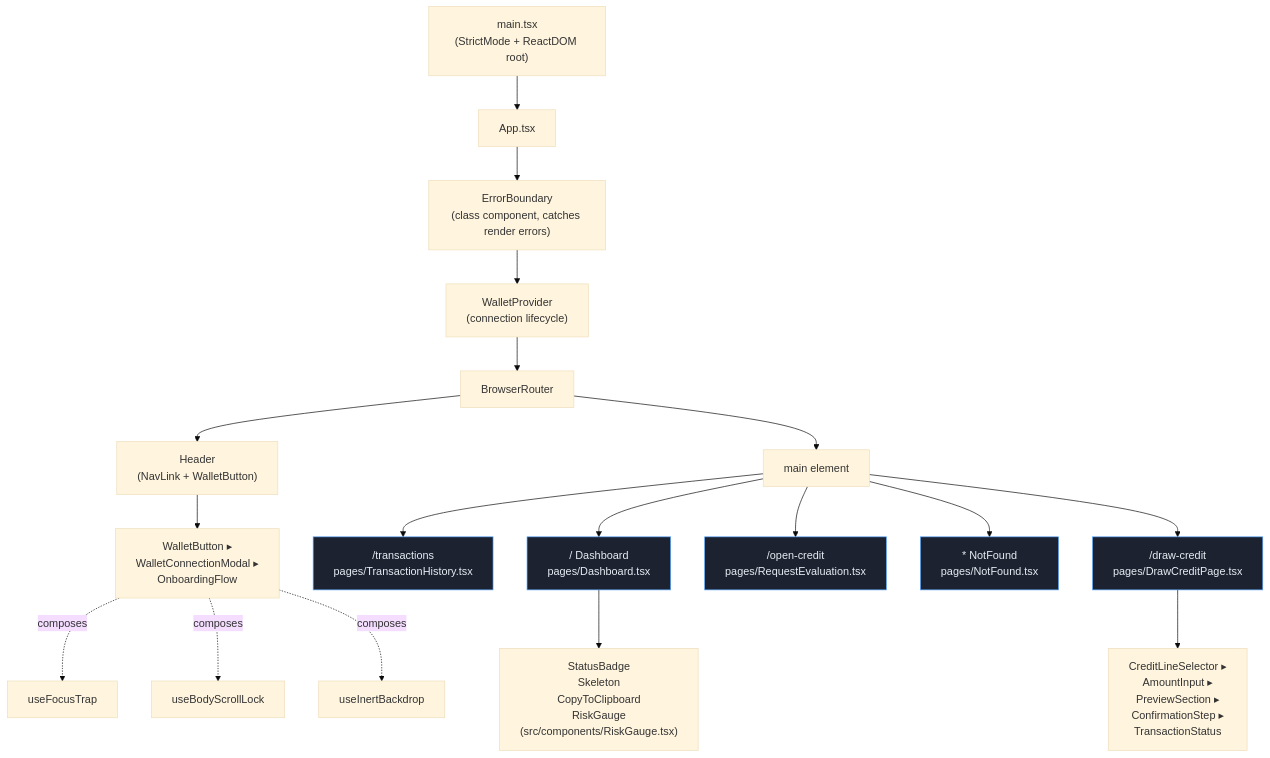
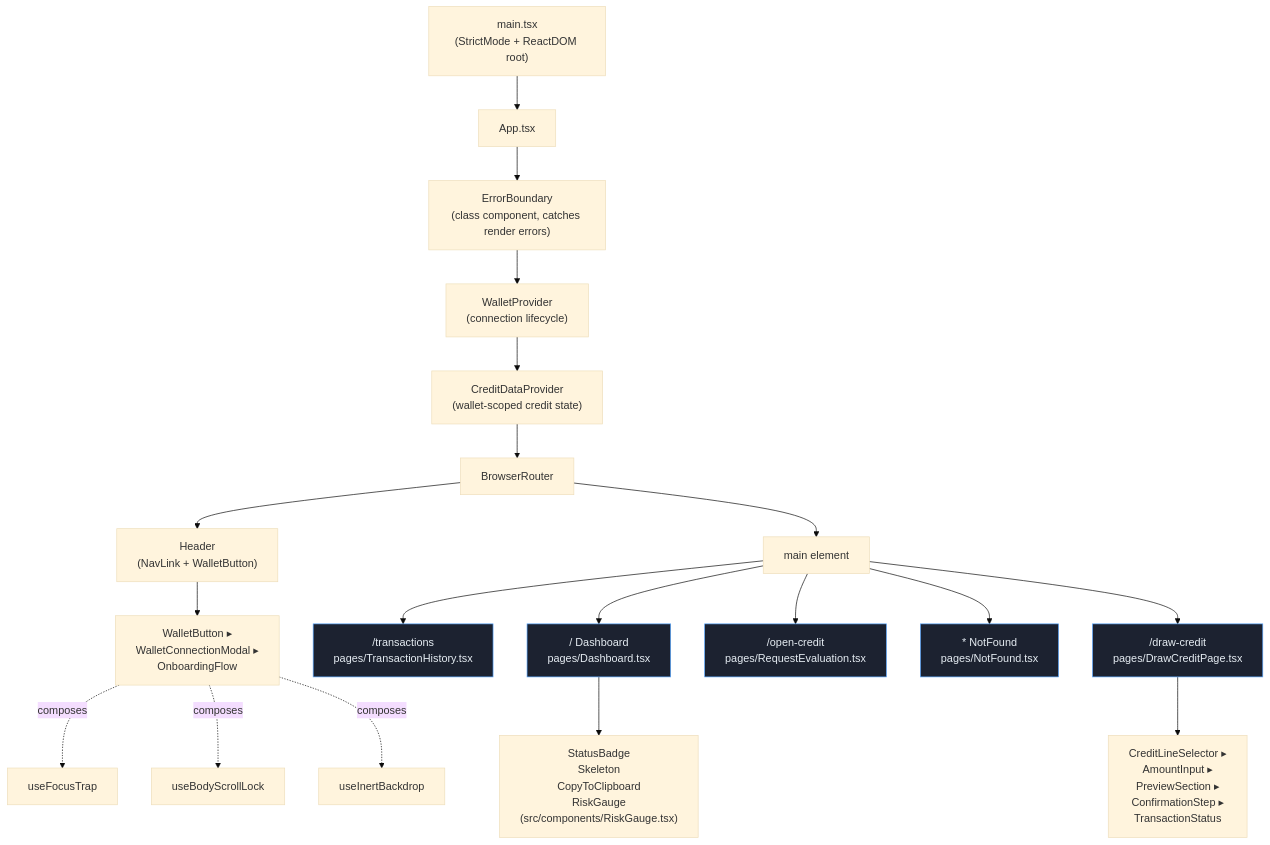
Before and after one commit to Agencybuilds/Creditra-Frontend: the first of 3 diagrams in docs/ARCHITECTURE.md, drawn with Mermaid (base theme). The commit also changed other lines of this file and 32 other files, not shown here.

````diff
--- a/docs/ARCHITECTURE.md
+++ b/docs/ARCHITECTURE.md
@@ -14,27 +14,28 @@
 ```mermaid
 flowchart TB
     Boot["main.tsx<br/>(StrictMode + ReactDOM root)"] --> App["App.tsx"]
     App --> EB["ErrorBoundary<br/>(class component, catches render errors)"]
     EB --> WP["WalletProvider<br/>(connection lifecycle)"]
-    WP --> Router["BrowserRouter"]
+    WP --> CDP["CreditDataProvider<br/>(wallet-scoped credit state)"]
+    CDP --> Router["BrowserRouter"]
 
     Router --> Header["Header<br/>(NavLink + WalletButton)"]
     Router --> Main["main element"]
 
     Main --> R1["/&nbsp;Dashboard<br/>pages/Dashboard.tsx"]
     Main --> R2["/transactions<br/>pages/TransactionHistory.tsx"]
     Main --> R3["/draw-credit<br/>pages/DrawCreditPage.tsx"]
     Main --> R4["/open-credit<br/>pages/RequestEvaluation.tsx"]
     Main --> R5["* NotFound<br/>pages/NotFound.tsx"]
 
     R1 --> C1["StatusBadge<br/>Skeleton<br/>CopyToClipboard<br/>RiskGauge<br/>(src/components/RiskGauge.tsx)"]
     R3 --> C2["CreditLineSelector ▸<br/>AmountInput ▸<br/>PreviewSection ▸<br/>ConfirmationStep ▸<br/>TransactionStatus"]
     Header --> C3["WalletButton ▸<br/>WalletConnectionModal ▸<br/>OnboardingFlow"]
 
     C3 -.->|composes| H1["useFocusTrap"]
     C3 -.->|composes| H2["useBodyScrollLock"]
     C3 -.->|composes| H3["useInertBackdrop"]
 
     classDef route fill:#1c2230,stroke:#58a6ff,color:#e6edf3;
     class R1,R2,R3,R4,R5 route;
 ```
````
